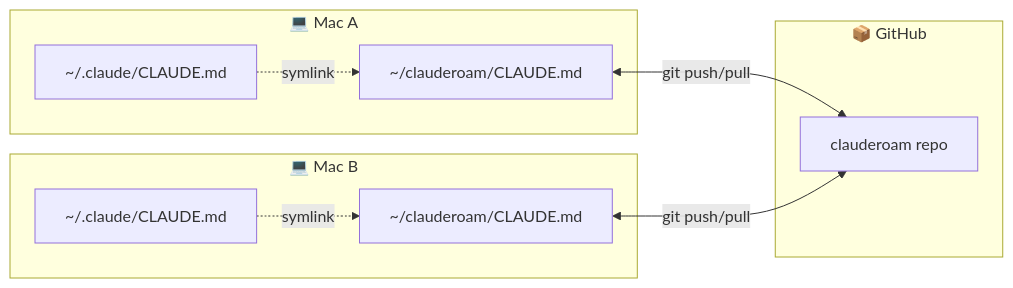
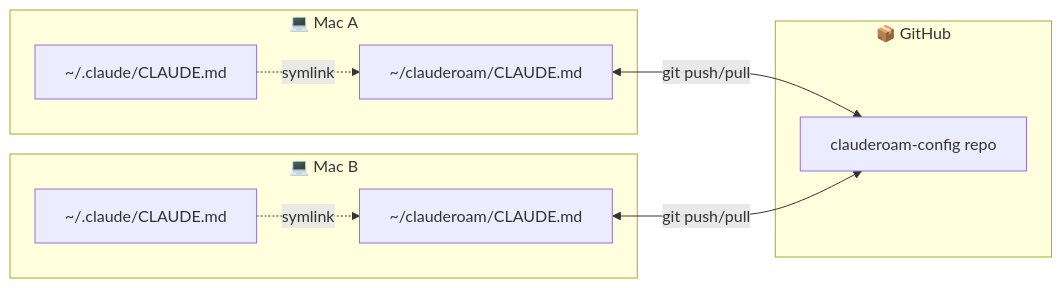
One commit to YunyueLi/clauderoam changed the third of 4 diagrams in README.md. Above: the diagram before and after it, drawn with Mermaid. The commit also changed other lines of this file and 1 other file, not shown here.

````diff
--- a/README.md
+++ b/README.md
@@ -272,14 +194,14 @@
 ```mermaid
 flowchart LR
     subgraph M1["💻 Mac A"]
       CC1["~/.claude/CLAUDE.md"] -.symlink.-> R1["~/clauderoam/CLAUDE.md"]
     end
     subgraph M2["💻 Mac B"]
       CC2["~/.claude/CLAUDE.md"] -.symlink.-> R2["~/clauderoam/CLAUDE.md"]
     end
     subgraph GH["📦 GitHub"]
-      G["clauderoam repo"]
+      G["clauderoam-config repo"]
     end
     R1 <-->|git push/pull| G
     R2 <-->|git push/pull| G
 ```
````
